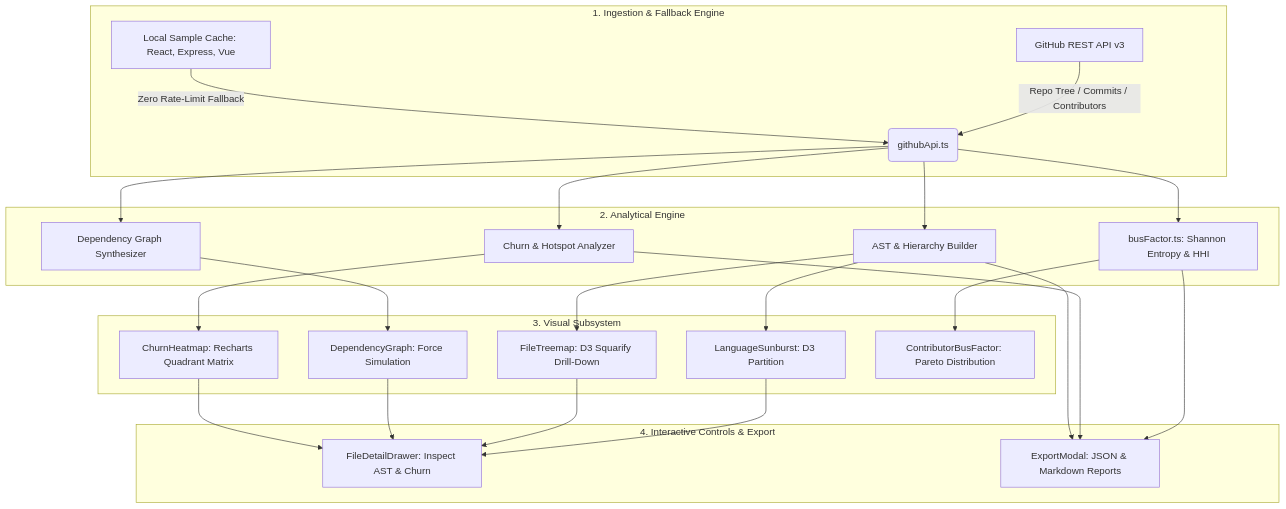
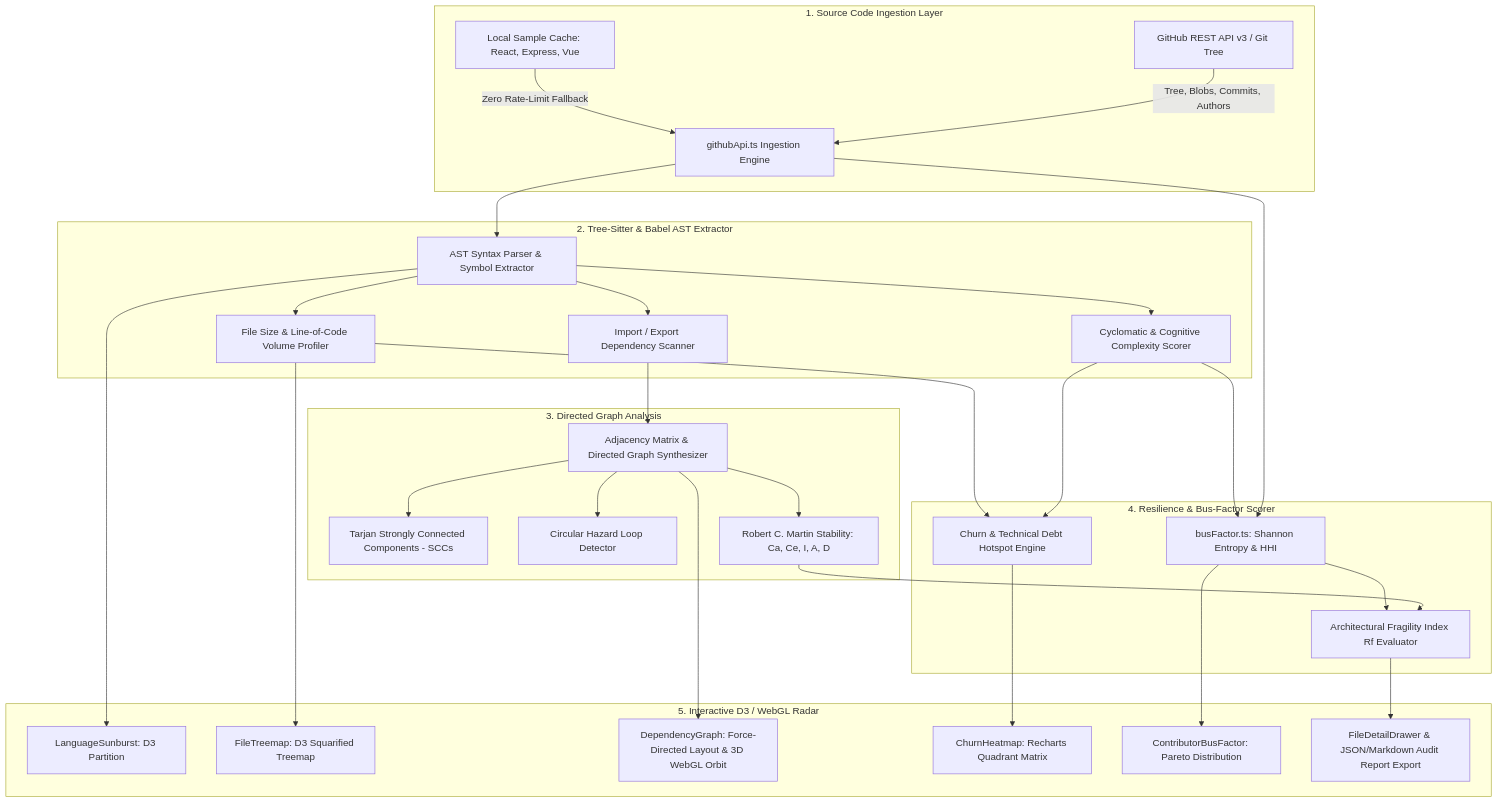
One commit to TheRollerBlader/code-repository-analyzer changed the diagram in README.md. Above: the diagram before and after it, drawn with Mermaid. The commit also changed other lines of this file and 10 other files, not shown here.

Commit message:
docs: add 3D dependency graph simulation, codebase risk topography, and upgraded showcase README

````diff
--- a/README.md
+++ b/README.md
@@ -101,27 +47,36 @@
 ```mermaid
 flowchart TD
-    subgraph Ingestion["1. Ingestion & Fallback Engine"]
-        A[GitHub REST API v3] -->|Repo Tree / Commits / Contributors| B(githubApi.ts)
+    subgraph Ingestion["1. Source Code Ingestion Layer"]
+        A[GitHub REST API v3 / Git Tree] -->|Tree, Blobs, Commits, Authors| B[githubApi.ts Ingestion Engine]
         C[Local Sample Cache: React, Express, Vue] -->|Zero Rate-Limit Fallback| B
     end
 
-    subgraph AnalyticalEngine["2. Analytical Engine"]
-        B --> D[AST & Hierarchy Builder]
-        B --> E[busFactor.ts: Shannon Entropy & HHI]
-        B --> F[Churn & Hotspot Analyzer]
-        B --> G[Dependency Graph Synthesizer]
+    subgraph Extraction["2. Tree-Sitter & Babel AST Extractor"]
+        B --> D[AST Syntax Parser & Symbol Extractor]
+        D --> D1[Import / Export Dependency Scanner]
+        D --> D2[Cyclomatic & Cognitive Complexity Scorer]
+        D --> D3[File Size & Line-of-Code Volume Profiler]
     end
 
-    subgraph VisualSubsystem["3. Visual Subsystem"]
-        D --> H[LanguageSunburst: D3 Partition]
-        D --> I[FileTreemap: D3 Squarify Drill-Down]
-        G --> J[DependencyGraph: Force Simulation]
-        F --> K[ChurnHeatmap: Recharts Quadrant Matrix]
-        E --> L[ContributorBusFactor: Pareto Distribution]
+    subgraph GraphAnalysis["3. Directed Graph Analysis"]
+        D1 --> E[Adjacency Matrix & Directed Graph Synthesizer]
+        E --> E1[Tarjan Strongly Connected Components - SCCs]
+        E --> E2[Circular Hazard Loop Detector]
+        E --> E3[Robert C. Martin Stability: Ca, Ce, I, A, D]
     end
 
-    subgraph Interactivity["4. Interactive Controls & Export"]
-        H & I & J & K --> M[FileDetailDrawer: Inspect AST & Churn]
-        E & F & D --> N[ExportModal: JSON & Markdown Reports]
+    subgraph ScoringEngine["4. Resilience & Bus-Factor Scorer"]
+        B & D2 --> F[busFactor.ts: Shannon Entropy & HHI]
+        D2 & D3 --> G[Churn & Technical Debt Hotspot Engine]
+        E3 & F --> H[Architectural Fragility Index Rf Evaluator]
+    end
+
+    subgraph RadarSubsystem["5. Interactive D3 / WebGL Radar"]
+        D --> I[LanguageSunburst: D3 Partition]
+        D3 --> J[FileTreemap: D3 Squarified Treemap]
+        E --> K[DependencyGraph: Force-Directed Layout & 3D WebGL Orbit]
+        G --> L[ChurnHeatmap: Recharts Quadrant Matrix]
+        F --> M[ContributorBusFactor: Pareto Distribution]
+        H --> N[FileDetailDrawer & JSON/Markdown Audit Report Export]
     end
 ```
````
